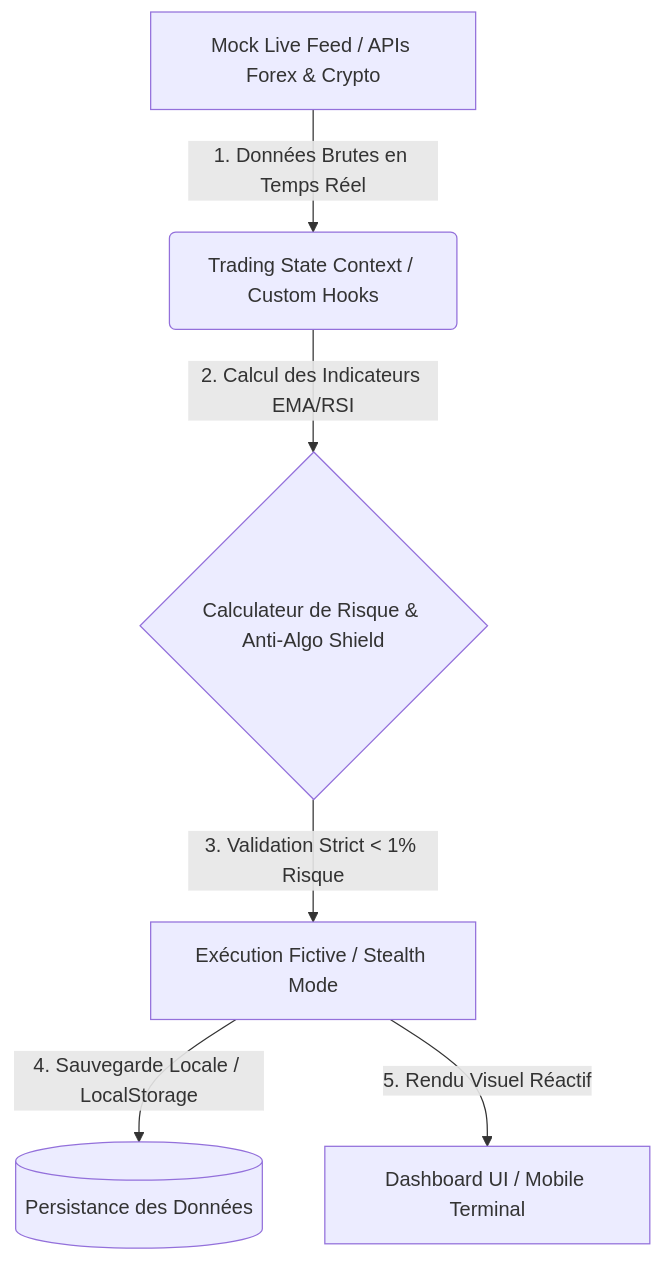
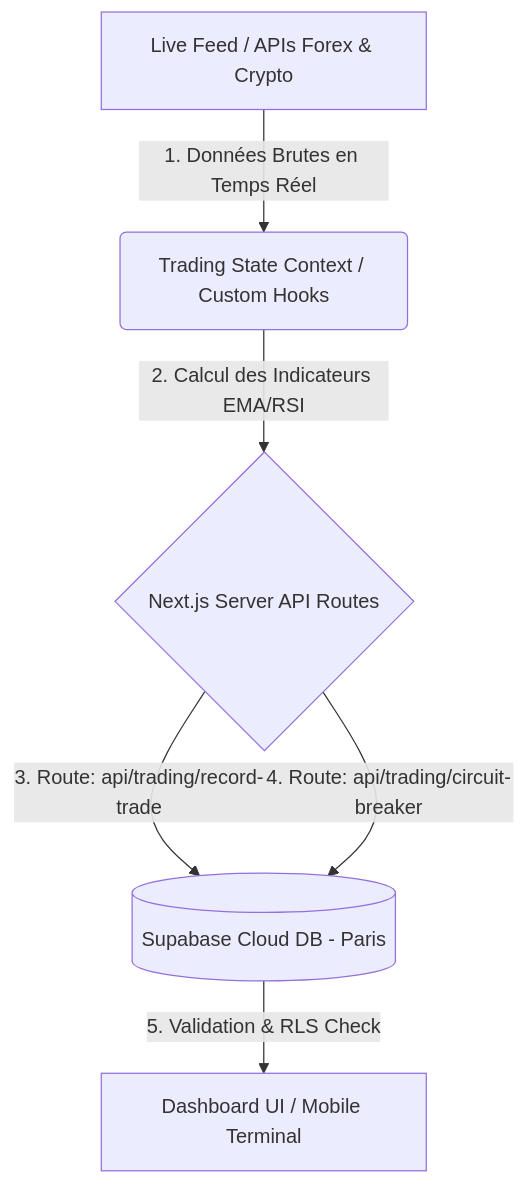
The diagram in specs/architecture/data-flow-spec.md (chcimint-afk/SafeTrade-Analytics), drawn with Mermaid before and after one commit. The commit also changed other lines of this file and 19 other files, not shown here.

````diff
--- a/specs/architecture/data-flow-spec.md
+++ b/specs/architecture/data-flow-spec.md
@@ -12,8 +12,8 @@
 ```mermaid
 graph TD
-    A[Mock Live Feed / APIs Forex & Crypto] -->|1. Données Brutes en Temps Réel| B(Trading State Context / Custom Hooks)
-    B -->|2. Calcul des Indicateurs EMA/RSI| C{Calculateur de Risque & Anti-Algo Shield}
-    C -->|3. Validation Strict < 1% Risque| D[Exécution Fictive / Stealth Mode]
-    D -->|4. Sauvegarde Locale / LocalStorage| E[(Persistance des Données)]
-    D -->|5. Rendu Visuel Réactif| F[Dashboard UI / Mobile Terminal]
+    A[Live Feed / APIs Forex & Crypto] -->|1. Données Brutes en Temps Réel| B(Trading State Context / Custom Hooks)
+    B -->|2. Calcul des Indicateurs EMA/RSI| C{Next.js Server API Routes}
+    C -->|3. Route: api/trading/record-trade| D[(Supabase Cloud DB - Paris)]
+    C -->|4. Route: api/trading/circuit-breaker| D
+    D -->|5. Validation & RLS Check| E[Dashboard UI / Mobile Terminal]
 ```
````
